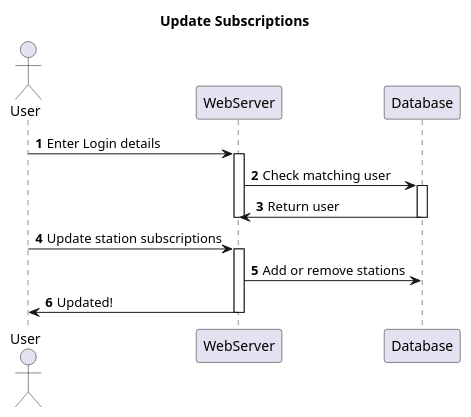
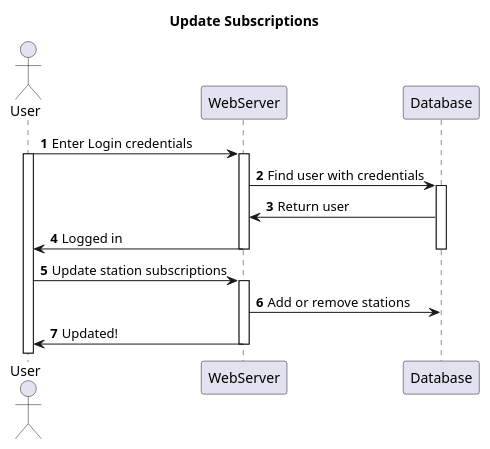
Before and after one commit to ooad-sv/semester-project-design: the diagram in diagrams/sequence/Update subscriptions.puml, drawn with PlantUML. The commit also changed 6 other files, not shown here.

Commit message:
updated sequence

```diff
--- a/diagrams/sequence/Update subscriptions.puml
+++ b/diagrams/sequence/Update subscriptions.puml
@@ -1,21 +1,23 @@
 @startuml
 'https://plantuml.com/sequence-diagram
 
 autonumber
 title Update Subscriptions
 actor User
 participant WebServer
 participant Database
-User -> WebServer: Enter Login details
+User -> WebServer: Enter Login credentials
+activate User
 activate WebServer
-WebServer -> Database: Check matching user
+WebServer -> Database: Find user with credentials
 activate Database
 Database -> WebServer: Return user
+WebServer -> User : Logged in
 deactivate Database
 deactivate WebServer
 User -> WebServer: Update station subscriptions
 activate WebServer
 WebServer -> Database: Add or remove stations
 WebServer -> User: Updated!
 deactivate WebServer
 @enduml
```
